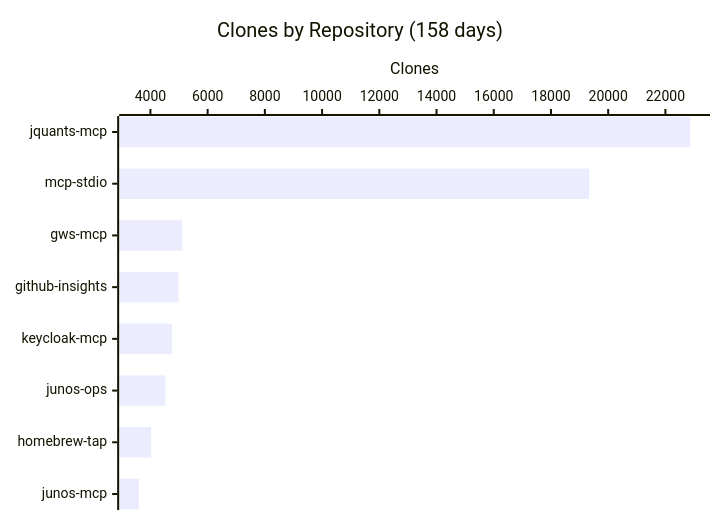
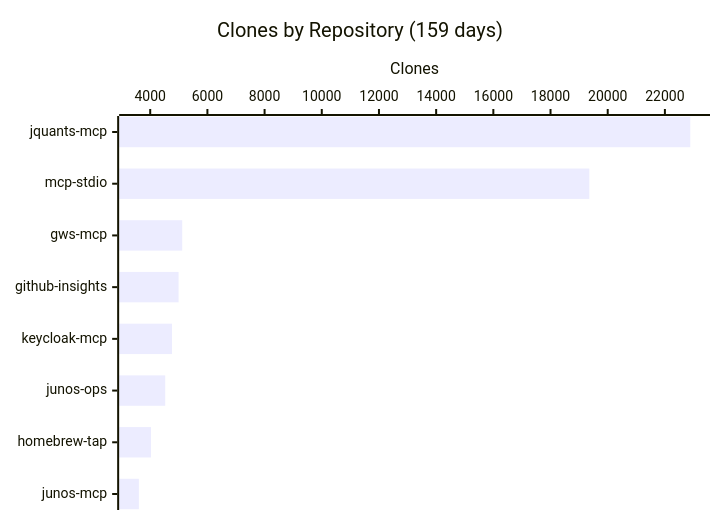
Before and after one commit to shigechika/github-insights: the fourth of 4 diagrams in README.md, drawn with Mermaid. The commit also changed other lines of this file and 2 other files, not shown here.

````diff
--- a/README.md
+++ b/README.md
@@ -58,7 +58,7 @@
 ```mermaid
 xychart-beta horizontal
-    title "Clones by Repository (158 days)"
+    title "Clones by Repository (159 days)"
     x-axis ["jquants-mcp", "mcp-stdio", "gws-mcp", "github-insights", "keycloak-mcp", "junos-ops", "homebrew-tap", "junos-mcp"]
     y-axis "Clones"
-    bar [22869, 19340, 5114, 4981, 4754, 4525, 4021, 3597]
+    bar [22887, 19356, 5119, 4992, 4761, 4525, 4027, 3604]
 ```
````
